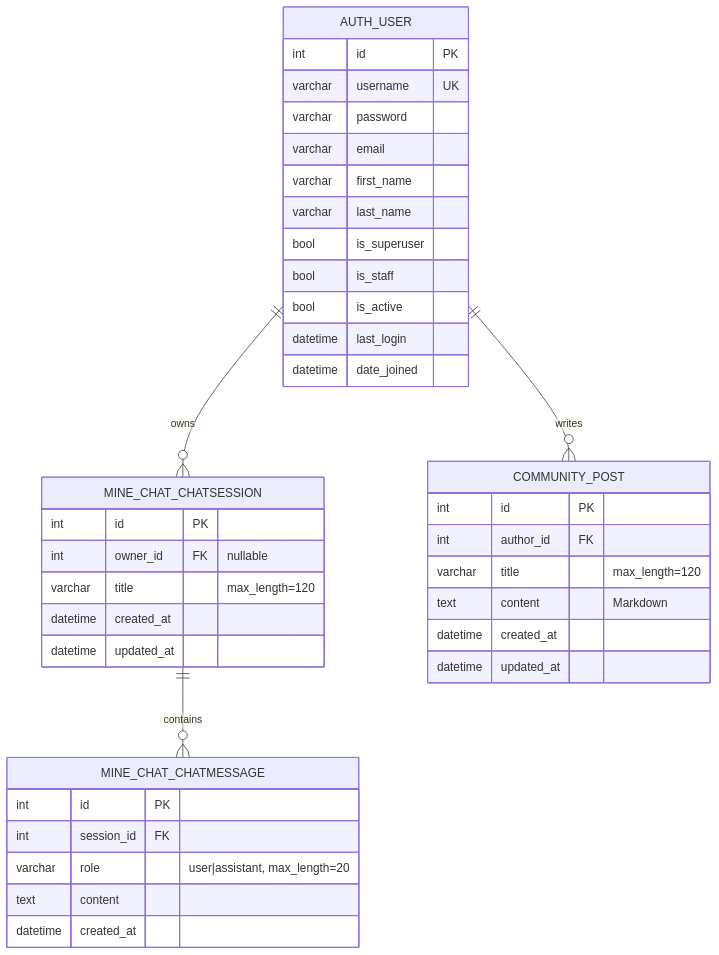
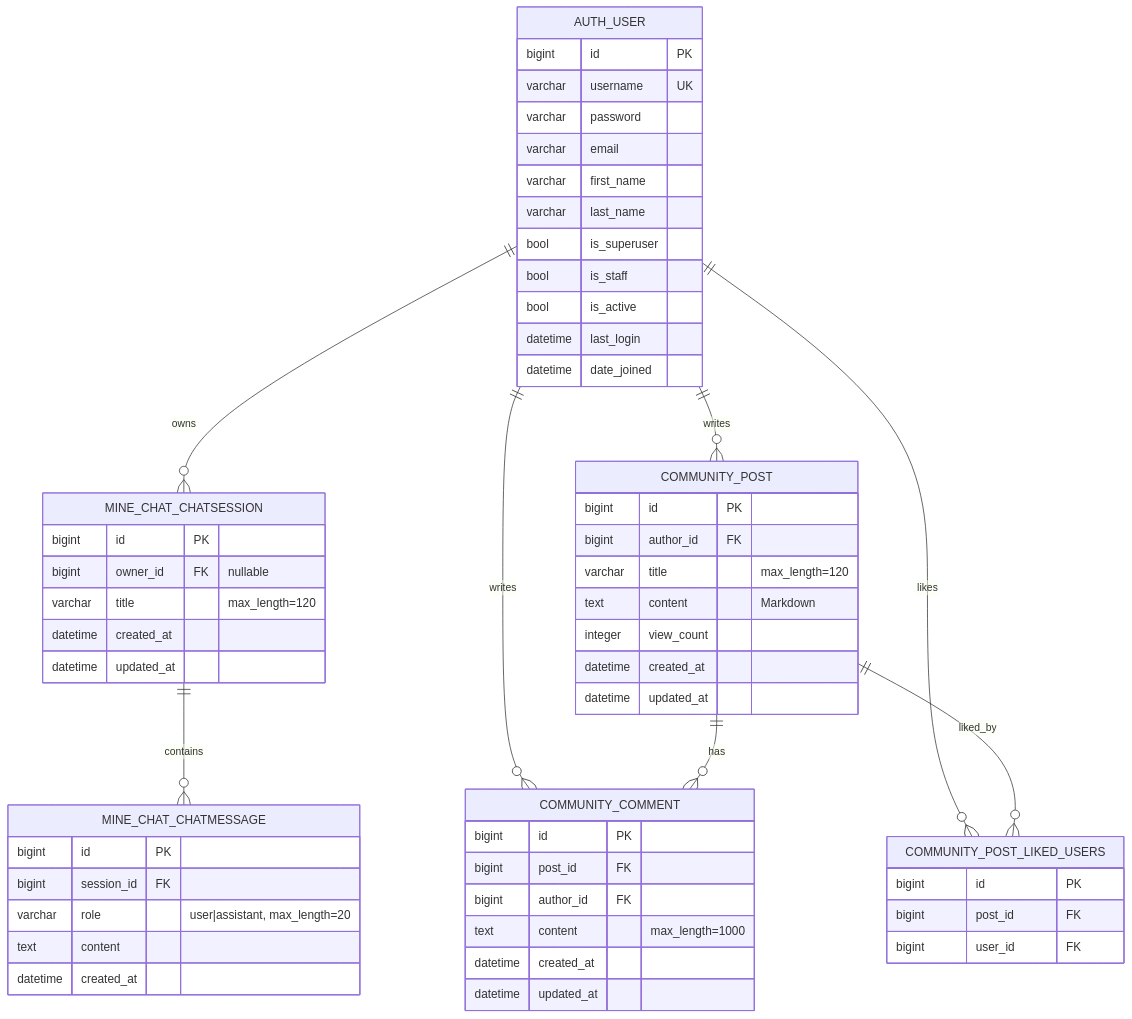
Before and after one commit to doyeon789/mine-tuning-web: the diagram in docs/ERD.md, drawn with Mermaid. The commit also changed other lines of this file, not shown here.

Commit message:
docs: ERD 문서 수정

```diff
--- a/docs/ERD.md
+++ b/docs/ERD.md
@@ -7,45 +10,67 @@
 ~~~mermaid
 erDiagram
     AUTH_USER ||--o{ MINE_CHAT_CHATSESSION : owns
     MINE_CHAT_CHATSESSION ||--o{ MINE_CHAT_CHATMESSAGE : contains
+
     AUTH_USER ||--o{ COMMUNITY_POST : writes
+    AUTH_USER ||--o{ COMMUNITY_COMMENT : writes
+    COMMUNITY_POST ||--o{ COMMUNITY_COMMENT : has
+
+    AUTH_USER ||--o{ COMMUNITY_POST_LIKED_USERS : likes
+    COMMUNITY_POST ||--o{ COMMUNITY_POST_LIKED_USERS : liked_by
 
     AUTH_USER {
-        int id PK
+        bigint id PK
         varchar username UK
         varchar password
         varchar email
         varchar first_name
         varchar last_name
         bool is_superuser
         bool is_staff
         bool is_active
         datetime last_login
         datetime date_joined
     }
 
     MINE_CHAT_CHATSESSION {
-        int id PK
-        int owner_id FK "nullable"
+        bigint id PK
+        bigint owner_id FK "nullable"
         varchar title "max_length=120"
         datetime created_at
         datetime updated_at
     }
 
     MINE_CHAT_CHATMESSAGE {
-        int id PK
-        int session_id FK
+        bigint id PK
+        bigint session_id FK
         varchar role "user|assistant, max_length=20"
         text content
         datetime created_at
     }
 
     COMMUNITY_POST {
-        int id PK
-        int author_id FK
+        bigint id PK
+        bigint author_id FK
         varchar title "max_length=120"
         text content "Markdown"
+        integer view_count
         datetime created_at
         datetime updated_at
     }
+
+    COMMUNITY_COMMENT {
+        bigint id PK
+        bigint post_id FK
+        bigint author_id FK
+        text content "max_length=1000"
+        datetime created_at
+        datetime updated_at
+    }
+
+    COMMUNITY_POST_LIKED_USERS {
+        bigint id PK
+        bigint post_id FK
+        bigint user_id FK
+    }
 ~~~
```
